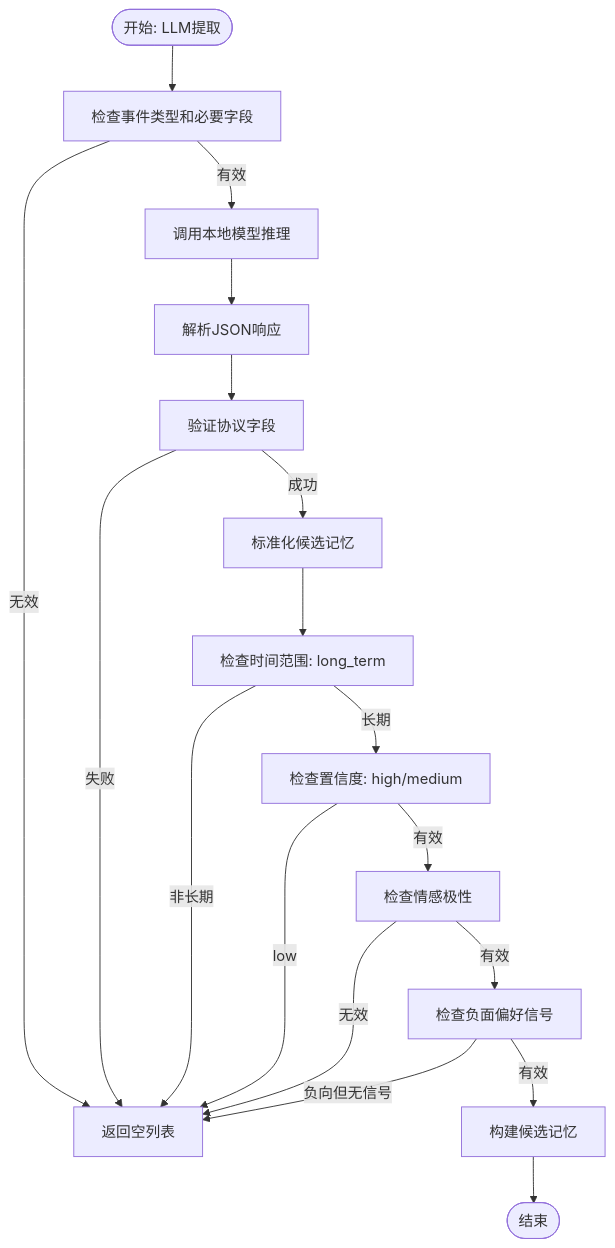
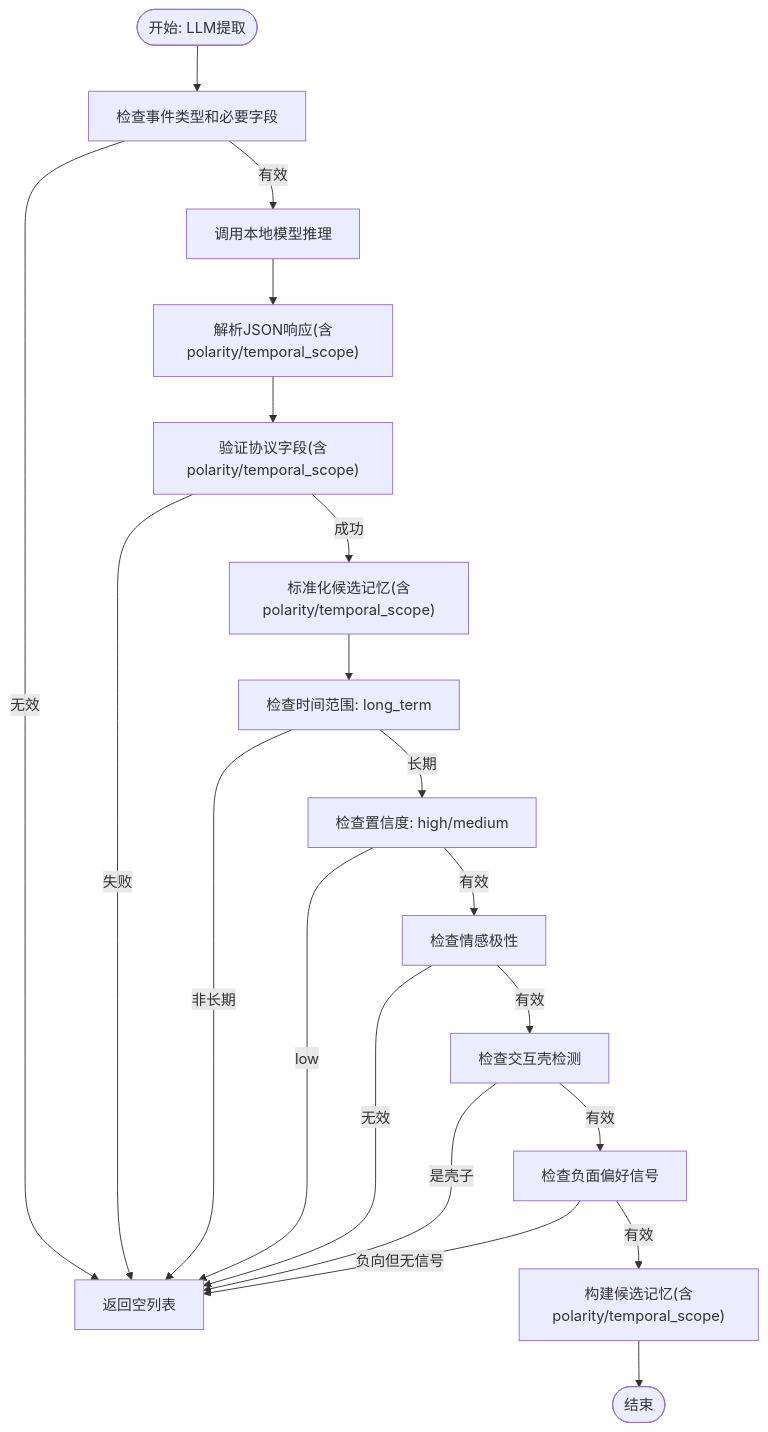
The fourth of 7 diagrams in .qoder/repowiki/zh/content/后端服务/智能提词引擎/记忆提取器.md (Moon-Force/DouYin_llm), drawn with Mermaid before and after one commit. The commit also changed other lines of this file and 34 other files, not shown here.

````diff
--- a/.qoder/repowiki/zh/content/后端服务/智能提词引擎/记忆提取器.md
+++ b/.qoder/repowiki/zh/content/后端服务/智能提词引擎/记忆提取器.md
@@ -214,20 +250,22 @@
 ```mermaid
 flowchart TD
 Start(["开始: LLM提取"]) --> CheckEvent["检查事件类型和必要字段"]
 CheckEvent --> |无效| ReturnEmpty["返回空列表"]
 CheckEvent --> |有效| CallLLM["调用本地模型推理"]
-CallLLM --> ParseJSON["解析JSON响应"]
-ParseJSON --> ValidatePayload["验证协议字段"]
+CallLLM --> ParseJSON["解析JSON响应(含polarity/temporal_scope)"]
+ParseJSON --> ValidatePayload["验证协议字段(含polarity/temporal_scope)"]
 ValidatePayload --> |失败| ReturnEmpty
-ValidatePayload --> |成功| Normalize["标准化候选记忆"]
+ValidatePayload --> |成功| Normalize["标准化候选记忆(含polarity/temporal_scope)"]
 Normalize --> CheckTemporal["检查时间范围: long_term"]
 CheckTemporal --> |非长期| ReturnEmpty
 CheckTemporal --> |长期| CheckCertainty["检查置信度: high/medium"]
 CheckCertainty --> |low| ReturnEmpty
 CheckCertainty --> |有效| CheckPolarity["检查情感极性"]
 CheckPolarity --> |无效| ReturnEmpty
-CheckPolarity --> |有效| CheckNegative["检查负面偏好信号"]
+CheckPolarity --> |有效| CheckInteractionShell["检查交互壳检测"]
+CheckInteractionShell --> |是壳子| ReturnEmpty
+CheckInteractionShell --> |有效| CheckNegative["检查负面偏好信号"]
 CheckNegative --> |负向但无信号| ReturnEmpty
-CheckNegative --> |有效| BuildCandidate["构建候选记忆"]
+CheckNegative --> |有效| BuildCandidate["构建候选记忆(含polarity/temporal_scope)"]
 BuildCandidate --> End(["结束"])
 ```
````
